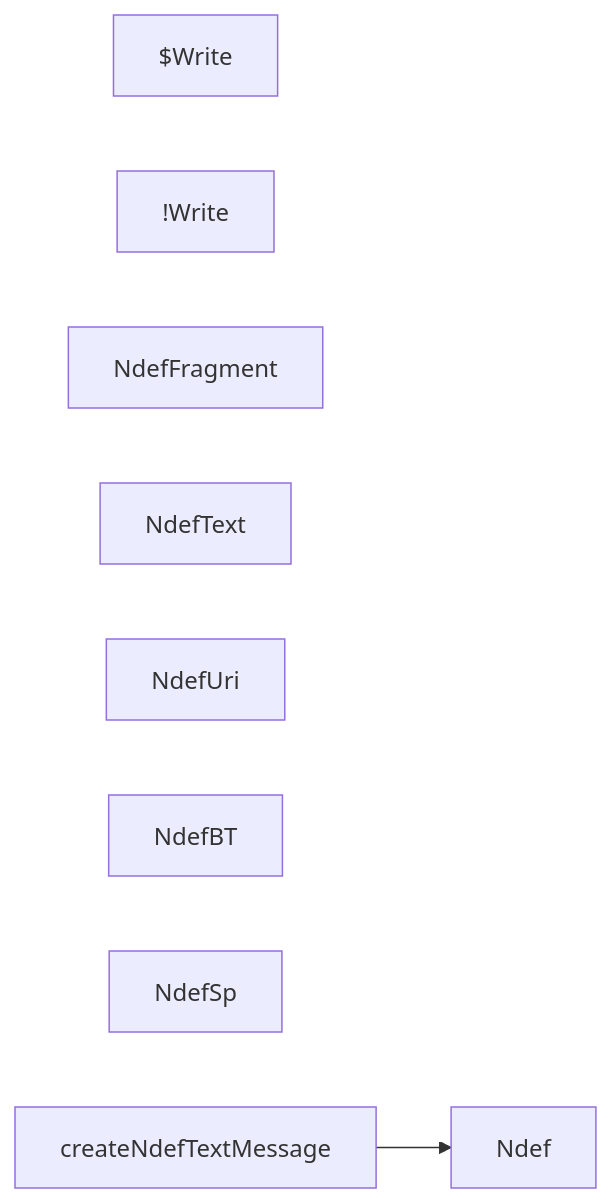
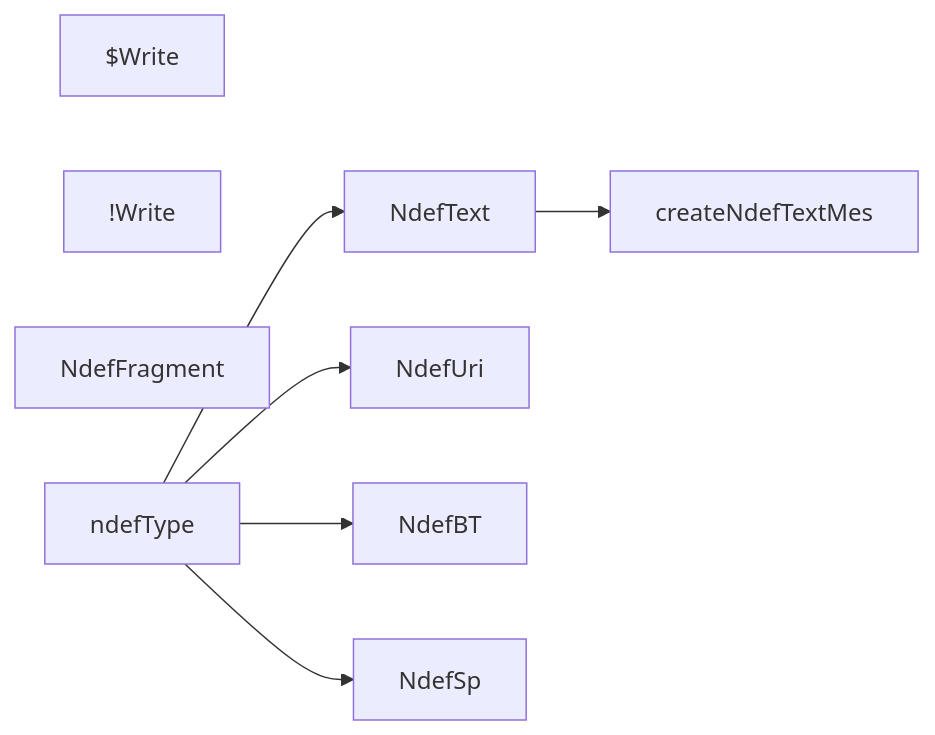
Before and after one commit to gordianknotC/nxp_note: the diagram in nxp/Demo.md, drawn with Mermaid. The commit also changed other lines of this file, not shown here.

Commit message:
nxp/Demo.md updated from https://stackedit.io/

````diff
--- a/nxp/Demo.md
+++ b/nxp/Demo.md
@@ -7,12 +7,19 @@
 ``` mermaid
 graph LR
 $Write
 !Write
+
 NdefFragment
 NdefText
 NdefUri
 NdefBT
 NdefSp
+ndefType
 
-createNdefTextMessage --> Ndef
+ndefType --> NdefText
+ndefType --> NdefUri
+ndefType --> NdefBT
+ndefType --> NdefSp
+NdefText --> createNdefTextMes
+
 ```
````
